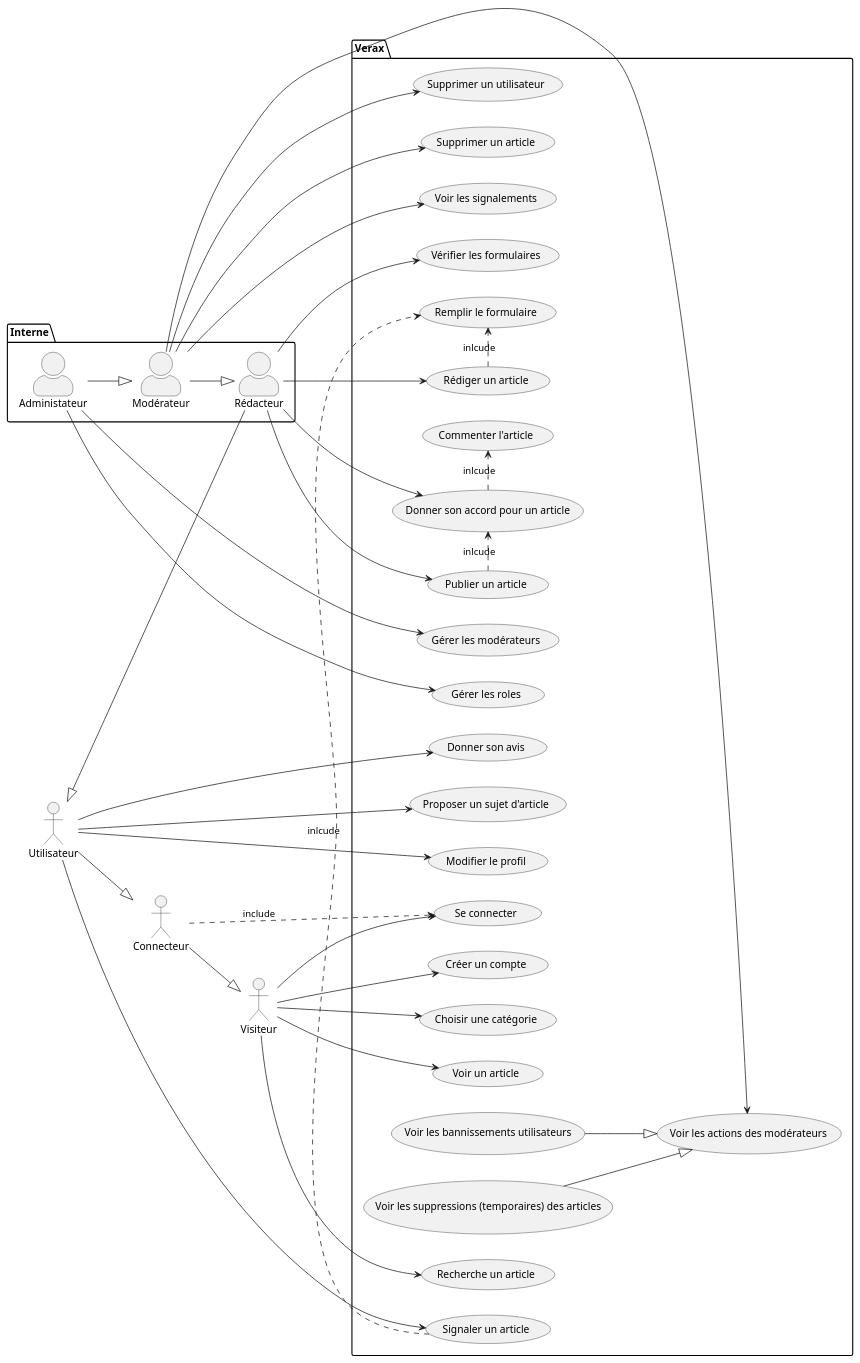
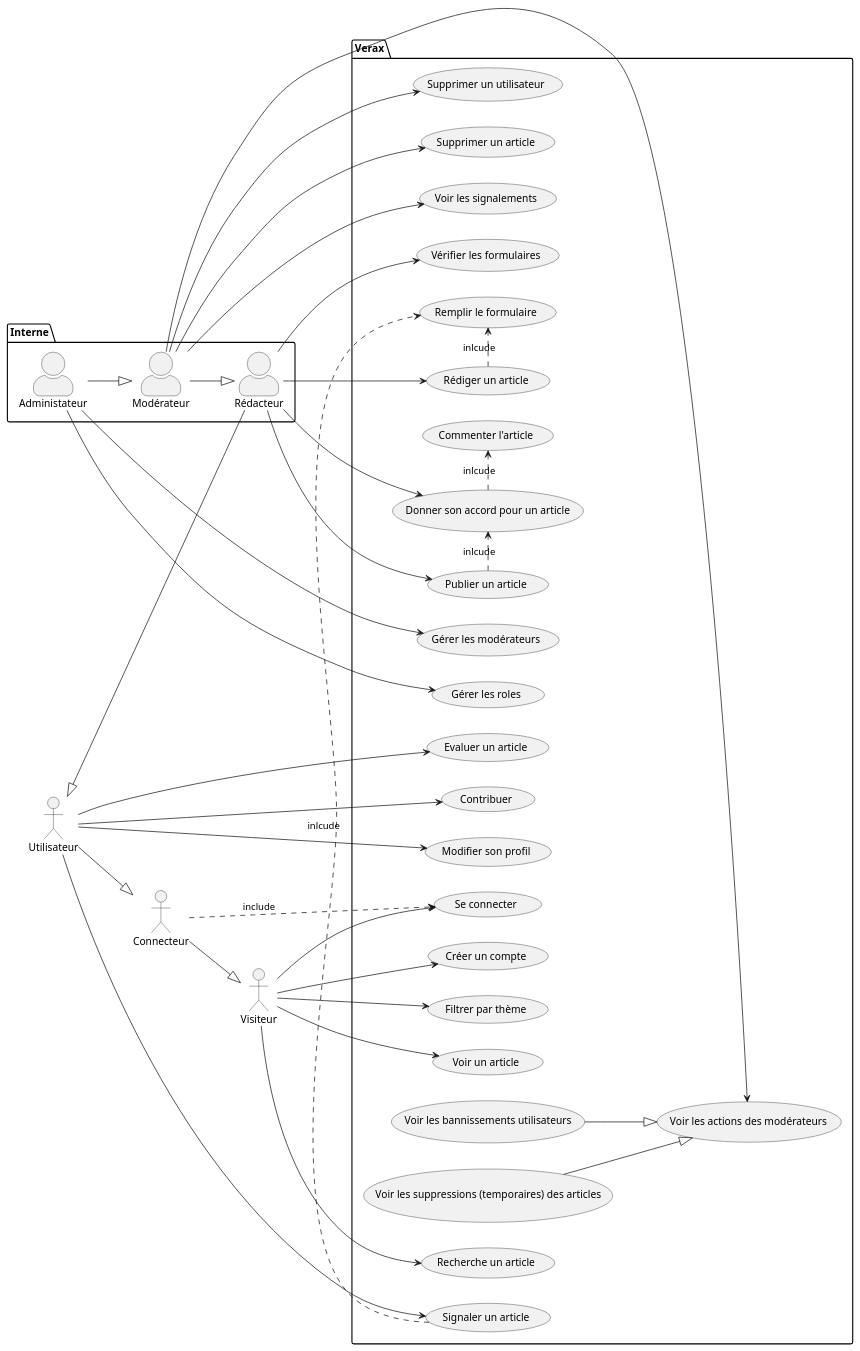
One commit to tonyfgs/Verax changed the diagram in Diagramme/casUtilisation.md. Above: the diagram before and after it, drawn with PlantUML.

Commit message:
travail sur le diagramme..

```diff
--- a/Diagramme/casUtilisation.md
+++ b/Diagramme/casUtilisation.md
@@ -14,16 +14,16 @@
 }
 
 package Verax {
-    usecase "Choisir une catégorie" as UC1
+    usecase "Filtrer par thème" as UC1
     usecase "Voir un article" as UC2
     usecase "Recherche un article" as UC3
     usecase "Créer un compte" as UC4
     
     usecase "Se connecter" as UC5
 
-    usecase "Donner son avis" as UC6
-    usecase "Proposer un sujet d'article" as UC7
-    usecase "Modifier le profil" as UC8
+    usecase "Evaluer un article" as UC6
+    usecase "Contribuer" as UC7
+    usecase "Modifier son profil" as UC8
     usecase "Signaler un article" as UC9
 
     usecase "Remplir le formulaire" as UC10
```
